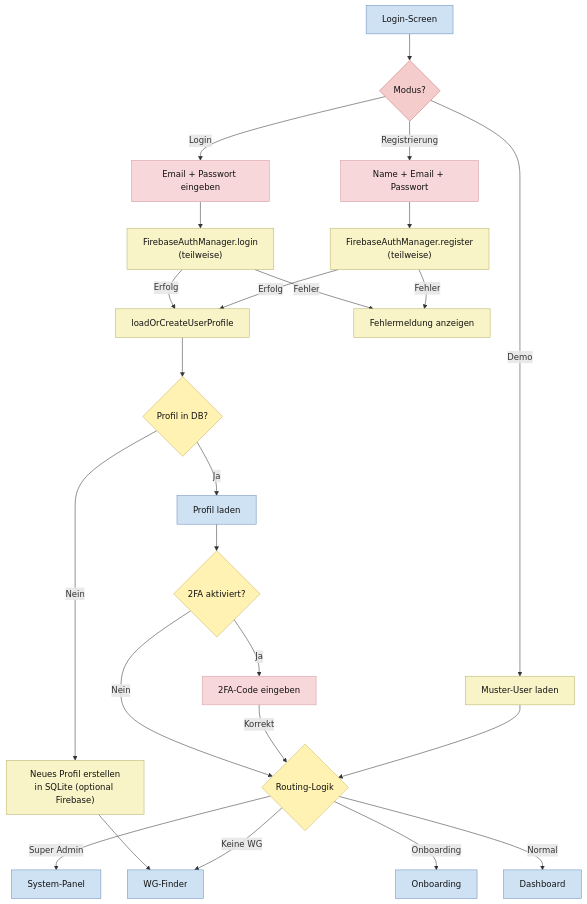
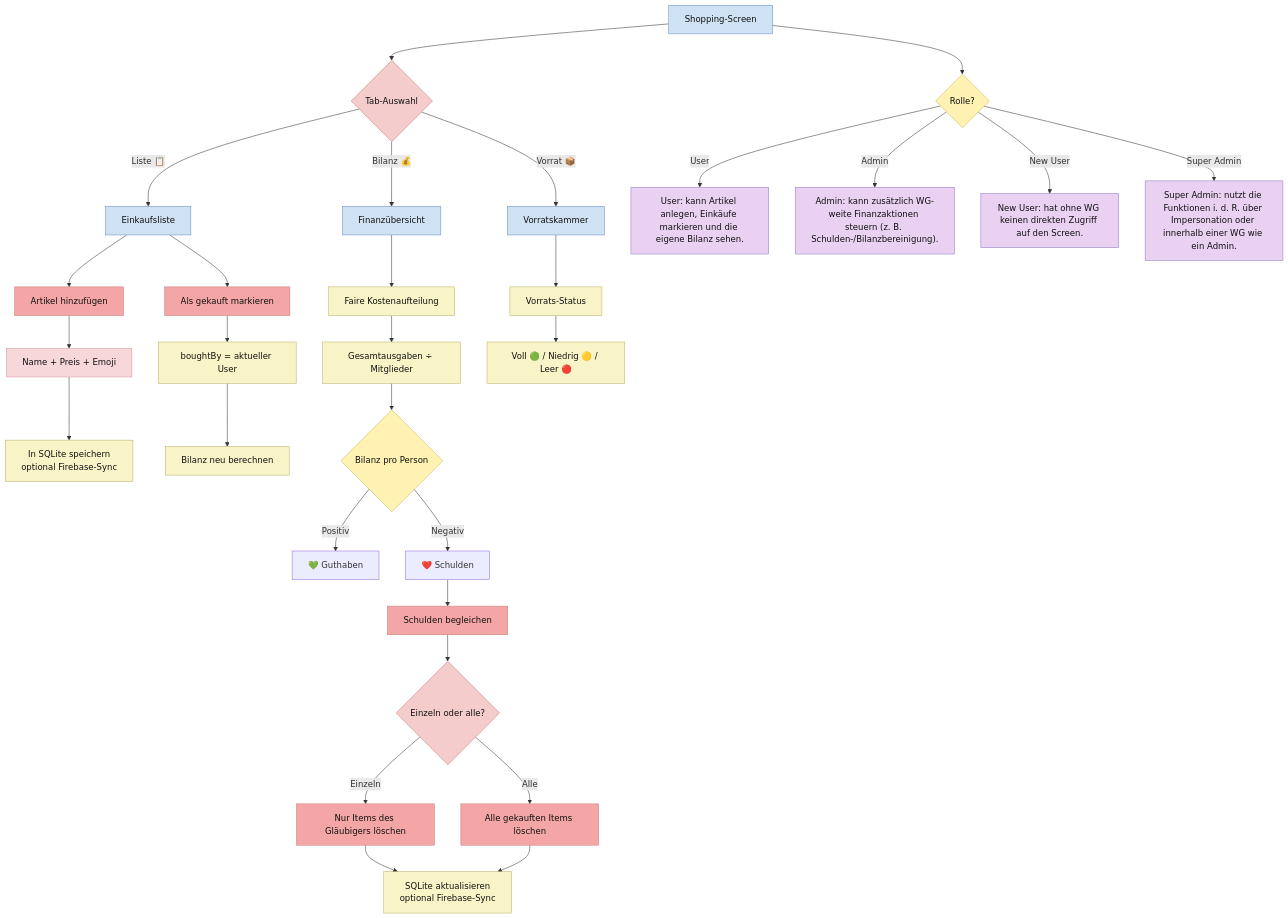
Before and after one commit to Nejy190501/WGManager: the fourth of 27 diagrams in ABLAUFDIAGRAMM.md, drawn with Mermaid. The commit also changed other lines of this file, not shown here.

````diff
--- a/ABLAUFDIAGRAMM.md
+++ b/ABLAUFDIAGRAMM.md
@@ -143,46 +209,58 @@
 ```mermaid
 flowchart TD
-    A["Login-Screen"] --> B{"Modus?"}
-    B -->|Login| C["Email + Passwort eingeben"]
-    B -->|Registrierung| D["Name + Email + Passwort"]
-    B -->|Demo| E["Muster-User laden"]
+    A["Shopping-Screen"] --> B{"Tab-Auswahl"}
+    B -->|Liste 📋| C["Einkaufsliste"]
+    B -->|Bilanz 💰| D["Finanzübersicht"]
+    B -->|Vorrat 📦| E["Vorratskammer"]
     
-    C --> F["FirebaseAuthManager.login<br/>(teilweise)"]
-    F -->|Erfolg| G["loadOrCreateUserProfile"]
-    F -->|Fehler| H["Fehlermeldung anzeigen"]
+    C --> F["Artikel hinzufügen"]
+    F --> G["Name + Preis + Emoji"]
+    G --> H["In SQLite speichern<br/>optional Firebase-Sync"]
     
-    D --> I["FirebaseAuthManager.register<br/>(teilweise)"]
-    I -->|Erfolg| G
-    I -->|Fehler| H
+    C --> I["Als gekauft markieren"]
+    I --> J["boughtBy = aktueller User"]
+    J --> K["Bilanz neu berechnen"]
     
-    G --> J{"Profil in DB?"}
-    J -->|Ja| K["Profil laden"]
-    J -->|Nein| L["Neues Profil erstellen<br/>in SQLite (optional Firebase)"]
+    D --> L["Faire Kostenaufteilung"]
+    L --> M["Gesamtausgaben ÷ Mitglieder"]
+    M --> N{"Bilanz pro Person"}
+    N -->|Positiv| O["💚 Guthaben"]
+    N -->|Negativ| P["❤️ Schulden"]
+    P --> Q["Schulden begleichen"]
+    Q --> R{"Einzeln oder alle?"}
+    R -->|Einzeln| S["Nur Items des Gläubigers löschen"]
+    R -->|Alle| T["Alle gekauften Items löschen"]
+    S --> U["SQLite aktualisieren<br/>optional Firebase-Sync"]
+    T --> U
     
-    K --> M{"2FA aktiviert?"}
-    L --> N["WG-Finder"]
-    M -->|Ja| O["2FA-Code eingeben"]
-    M -->|Nein| P{"Routing-Logik"}
-    O -->|Korrekt| P
-    P -->|Super Admin| Q["System-Panel"]
-    P -->|Keine WG| N
-    P -->|Onboarding| R["Onboarding"]
-    P -->|Normal| S["Dashboard"]
-    
-    E --> P
+    E --> V["Vorrats-Status"]
+    V --> W["Voll 🟢 / Niedrig 🟡 / Leer 🔴"]
+
+
+    A --> RLQ{"Rolle?"}
+    RLU["User: kann Artikel anlegen, Einkäufe markieren und die eigene Bilanz sehen."]
+    RLA["Admin: kann zusätzlich WG-weite Finanzaktionen steuern (z. B. Schulden-/Bilanzbereinigung)."]
+    RLN["New User: hat ohne WG keinen direkten Zugriff auf den Screen."]
+    RLS["Super Admin: nutzt die Funktionen i. d. R. über Impersonation oder innerhalb einer WG wie ein Admin."]
+    RLQ -->|User| RLU
+    RLQ -->|Admin| RLA
+    RLQ -->|New User| RLN
+    RLQ -->|Super Admin| RLS
 
     classDef userAction fill:#ead1f2,stroke:#8e7cc3,color:#111;
     classDef systemAction fill:#f9f4c7,stroke:#b7b26a,color:#111;
     classDef userDecision fill:#f4cccc,stroke:#cc7a7a,color:#111;
     classDef systemDecision fill:#fff2b2,stroke:#c9b458,color:#111;
     classDef button fill:#f4a6a6,stroke:#c97b7b,color:#111;
     classDef userInput fill:#f8d7da,stroke:#d49aa2,color:#111;
     classDef screen fill:#cfe2f3,stroke:#6c8ebf,color:#111;
 
-    class E systemAction;
-    class F,G,H,I,L systemAction;
-    class B userDecision;
-    class J,M,P systemDecision;
-    class C,D,O userInput;
-    class A,K,N,Q,R,S screen;
+    class H,J,K,L,M,U,V,W systemAction;
+    class B,R userDecision;
+    class N systemDecision;
+    class F,I,Q,S,T button;
+    class G userInput;
+    class A,C,D,E screen;
+    class RLQ systemDecision;
+    class RLU,RLA,RLN,RLS userAction;
 ```
````
